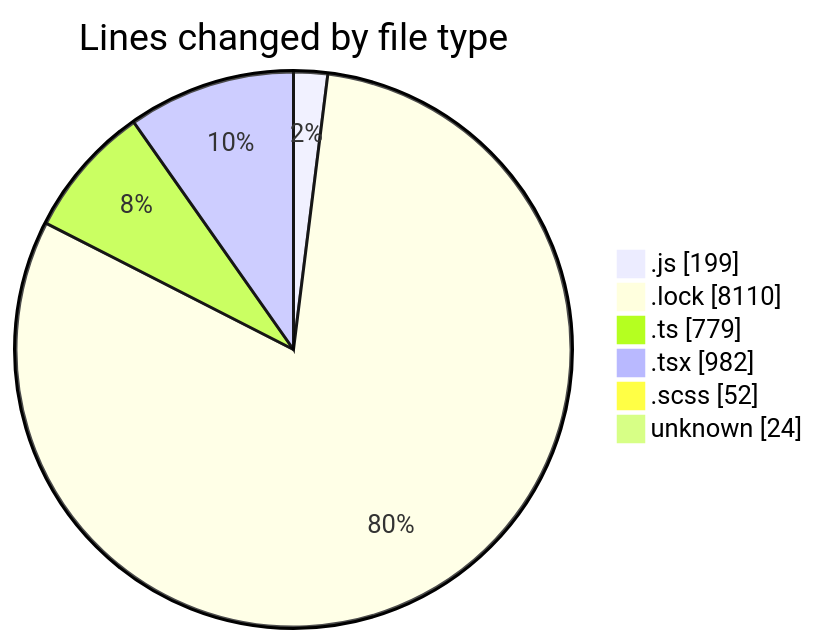
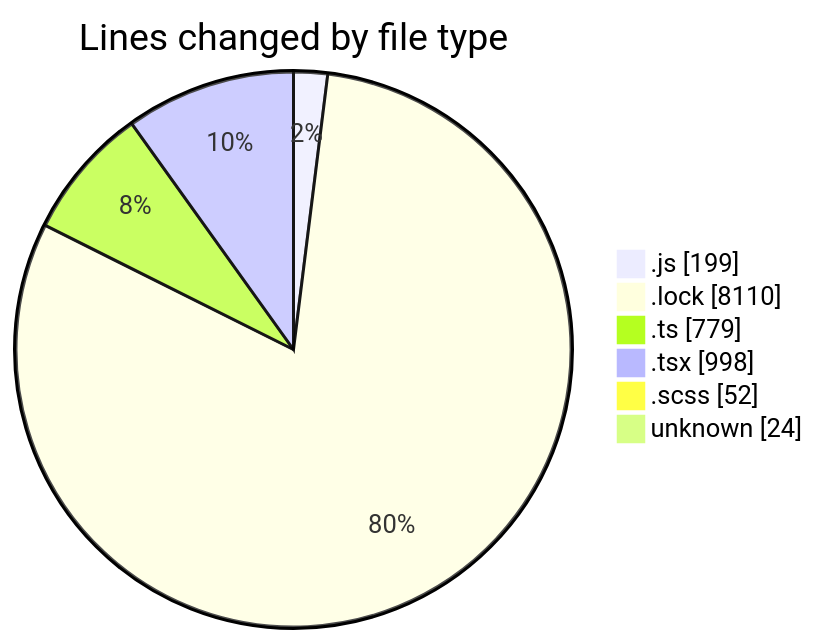
One commit to momahboobian/code-tracking changed the first of 2 diagrams in 2025-02-07/cda/README.md. Above: the diagram before and after it, drawn with Mermaid. The commit also changed other lines of this file and 1 other file, not shown here.

````diff
--- a/2025-02-07/cda/README.md
+++ b/2025-02-07/cda/README.md
@@ -57,10 +57,10 @@
 ```mermaid
 pie showData
 title Lines changed by file type
 ".js" : 199
 ".lock" : 8110
 ".ts" : 779
-".tsx" : 982
+".tsx" : 998
 ".scss" : 52
 "unknown" : 24
 ```
````
